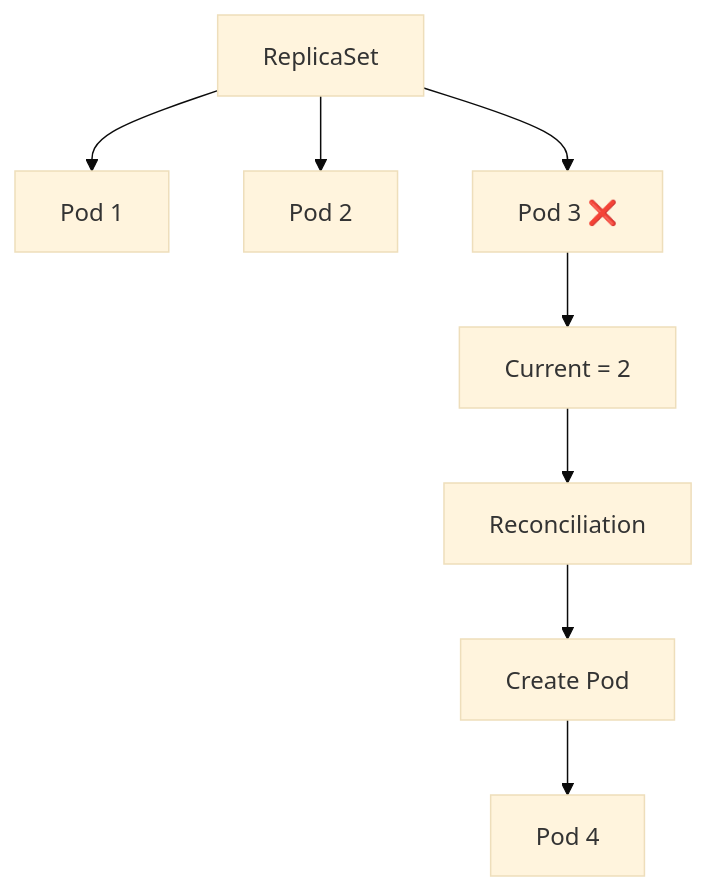
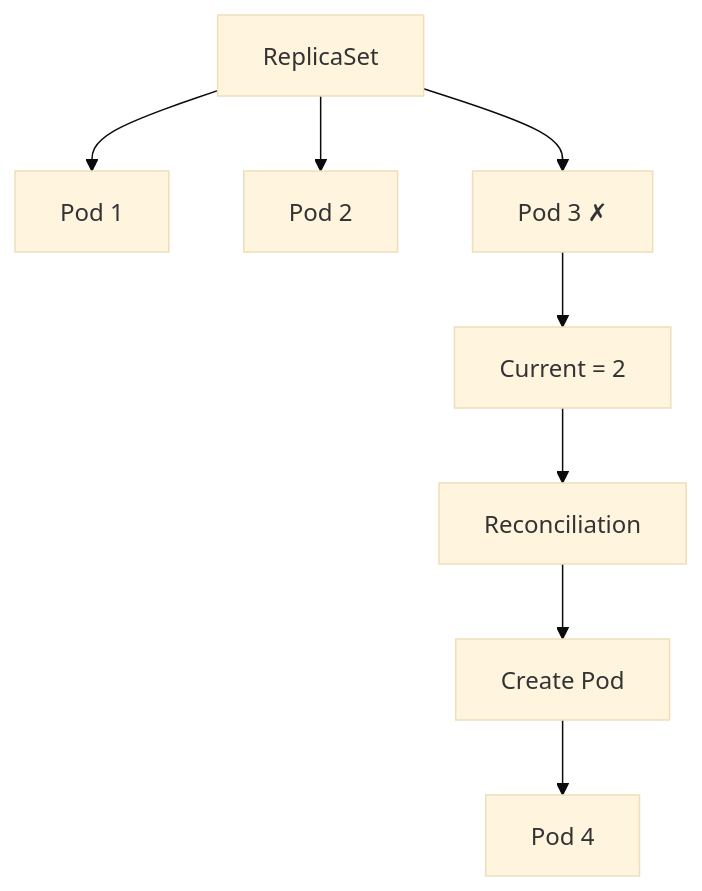
Before and after one commit to mustafammasoud/ops-handbook: diagram 32 of 43 in content/container-orchestration/kubernetes/replicaset-fundamentals.md, drawn with Mermaid (base theme). The commit also changed other lines of this file and 2 other files, not shown here.

````diff
--- a/content/container-orchestration/kubernetes/replicaset-fundamentals.md
+++ b/content/container-orchestration/kubernetes/replicaset-fundamentals.md
@@ -733,13 +734,13 @@
 ```mermaid
  flowchart TB
     RS["ReplicaSet"]
 
     RS --> P1["Pod 1"]
     RS --> P2["Pod 2"]
-    RS --> P3["Pod 3 ❌"]
+    RS --> P3["Pod 3 ✗"]
 
     P3 --> C["Current = 2"]
     C --> R["Reconciliation"]
     R --> CP["Create Pod"]
     CP --> P4["Pod 4"]
 ```
````
